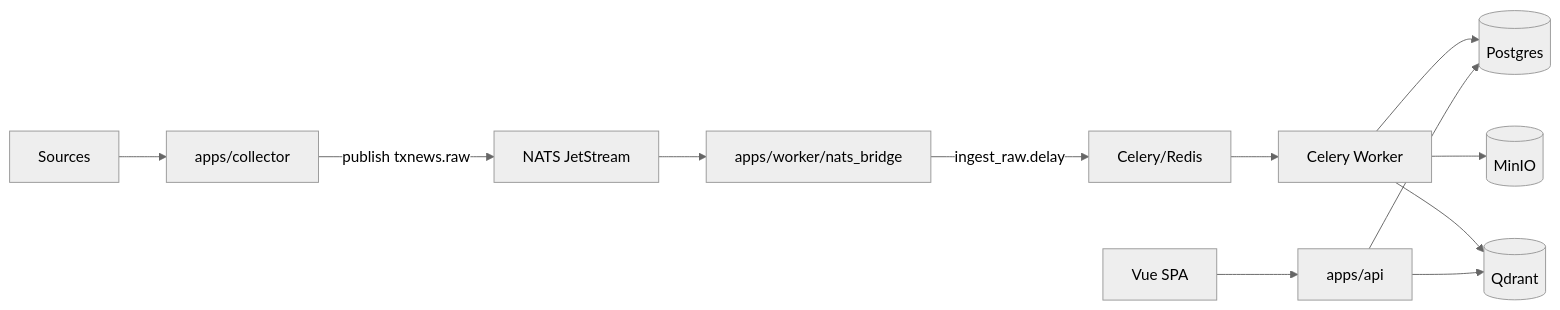
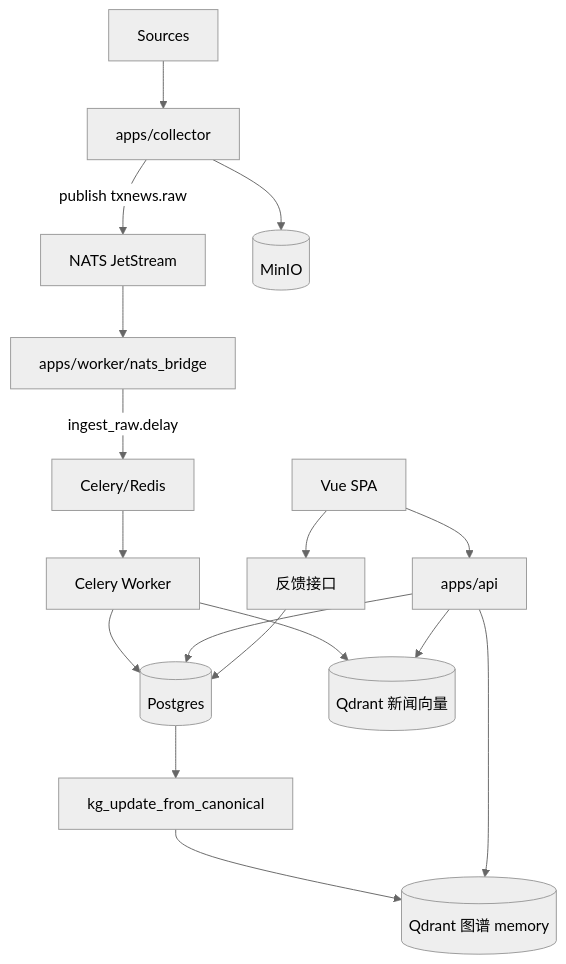
One commit to 1376524890/tx-news changed the fourth of 6 diagrams in README.md. Above: the diagram before and after it, drawn with Mermaid (neutral theme). The commit also changed other lines of this file and 8 other files, not shown here.

````diff
--- a/README.md
+++ b/README.md
@@ -337,14 +430,19 @@
 ```mermaid
-graph LR
-	  S[Sources] --> C[apps/collector]
-	  C -->|publish txnews.raw| JS[NATS JetStream]
-	  JS --> B[apps/worker/nats_bridge]
-	  B -->|ingest_raw.delay| Q[Celery/Redis]
-	  Q --> W[Celery Worker]
-	  W --> P[(Postgres)]
-	  W --> M[(MinIO)]
-	  W --> V[(Qdrant)]
-	  API[apps/api] --> P
-	  API --> V
-	  UI[Vue SPA] --> API
+flowchart TD
+  S[Sources] --> C[apps/collector]
+  C -->|publish txnews.raw| JS[NATS JetStream]
+  C --> M[(MinIO)]
+  JS --> B[apps/worker/nats_bridge]
+  B -->|ingest_raw.delay| Q[Celery/Redis]
+  Q --> W[Celery Worker]
+  W --> P[(Postgres)]
+  W --> V[(Qdrant 新闻向量)]
+  P --> KG[kg_update_from_canonical]
+  KG --> G[(Qdrant 图谱 memory)]
+  API[apps/api] --> P
+  API --> V
+  API --> G
+  UI[Vue SPA] --> API
+  UI --> F[反馈接口]
+  F --> P
 ```
````
